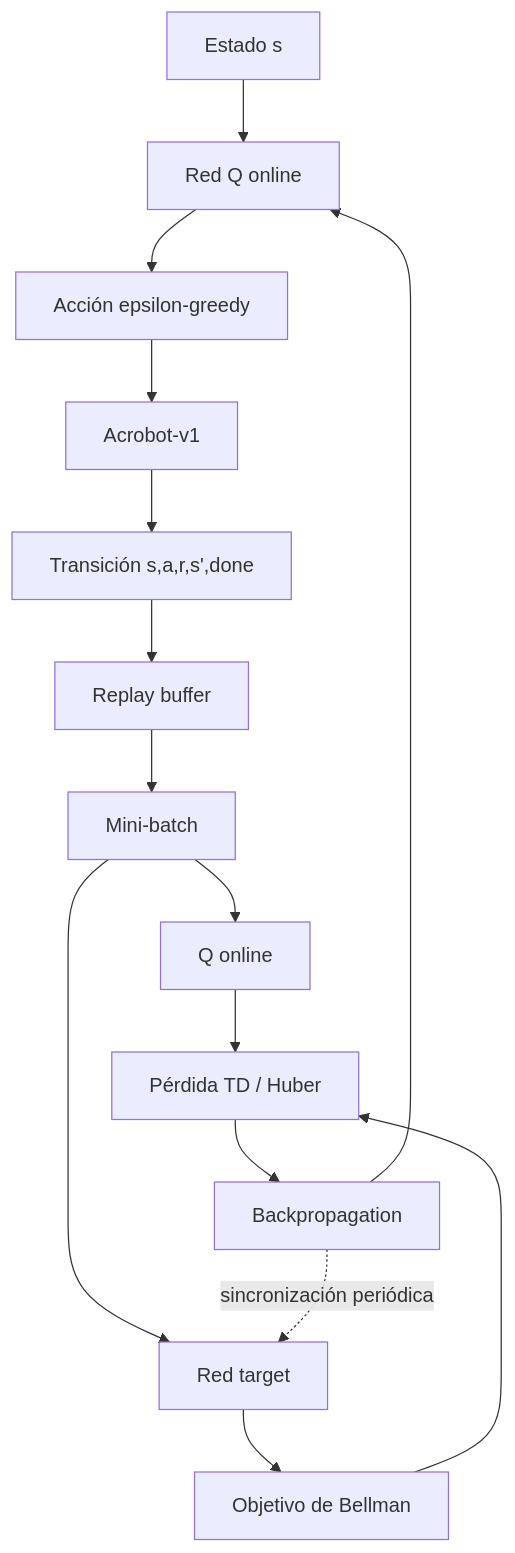
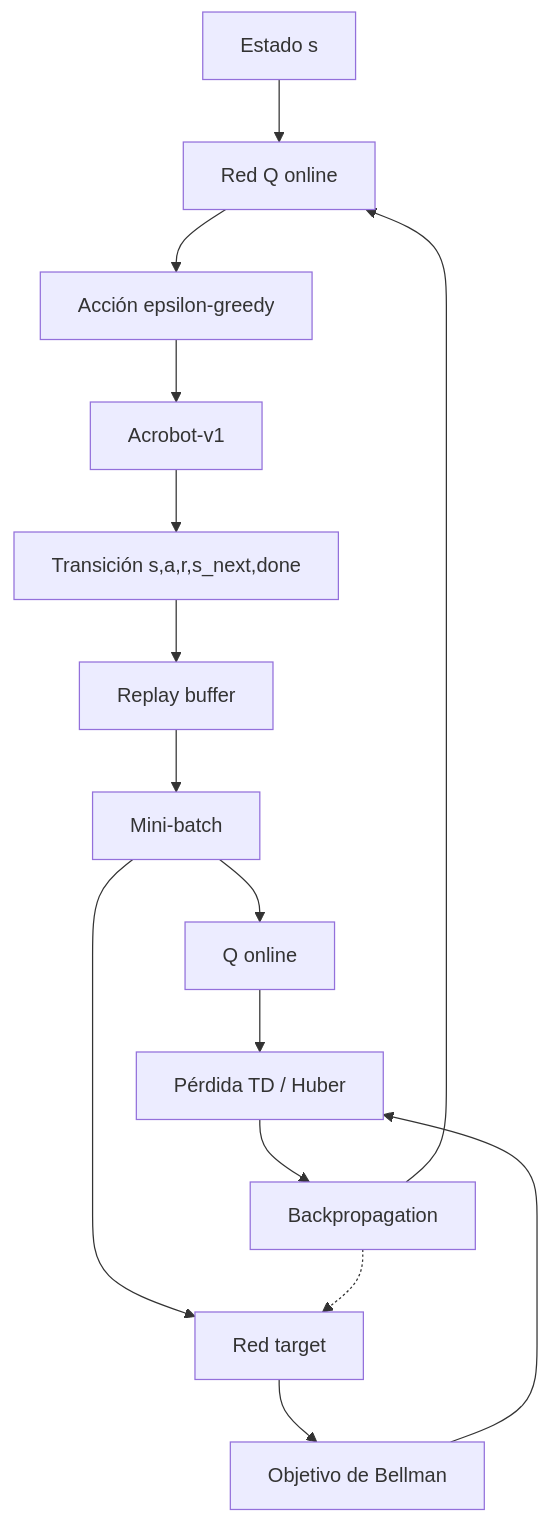
One commit to jorecof/Taller2_DQN_Acrobot changed the diagram in README.md. Above: the diagram before and after it, drawn with Mermaid. The commit also changed other lines of this file and 13 other files, not shown here.

````diff
--- a/README.md
+++ b/README.md
@@ -79,17 +79,17 @@
 ```mermaid
 flowchart TD
-A[Estado s] --> B[Red Q online]
-B --> C[Acción epsilon-greedy]
-C --> D[Acrobot-v1]
-D --> E[Transición s,a,r,s',done]
-E --> F[Replay buffer]
-F --> G[Mini-batch]
-G --> H[Q online]
-G --> I[Red target]
-I --> J[Objetivo de Bellman]
-H --> K[Pérdida TD / Huber]
+A["Estado s"] --> B["Red Q online"]
+B --> C["Acción epsilon-greedy"]
+C --> D["Acrobot-v1"]
+D --> E["Transición s,a,r,s_next,done"]
+E --> F["Replay buffer"]
+F --> G["Mini-batch"]
+G --> H["Q online"]
+G --> I["Red target"]
+I --> J["Objetivo de Bellman"]
+H --> K["Pérdida TD / Huber"]
 J --> K
-K --> L[Backpropagation]
+K --> L["Backpropagation"]
 L --> B
-L -. sincronización periódica .-> I
+L -.-> I
 ```
````
